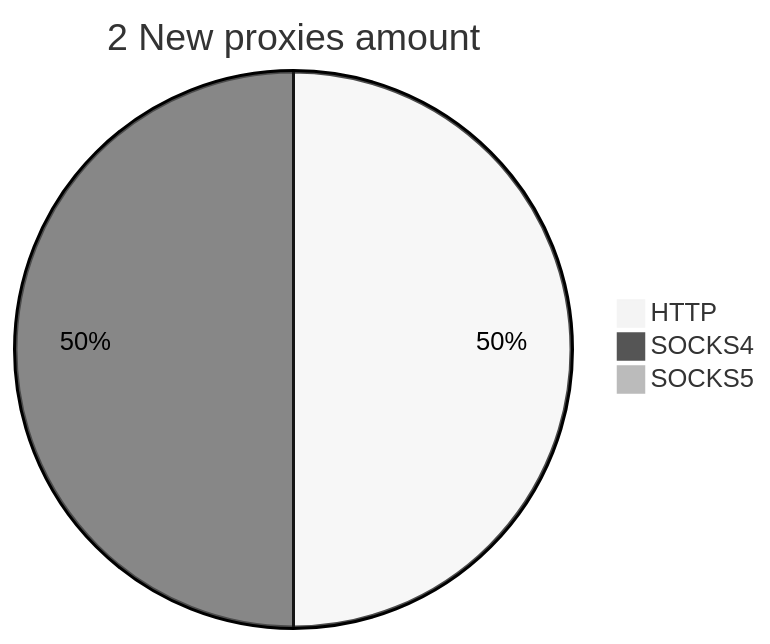
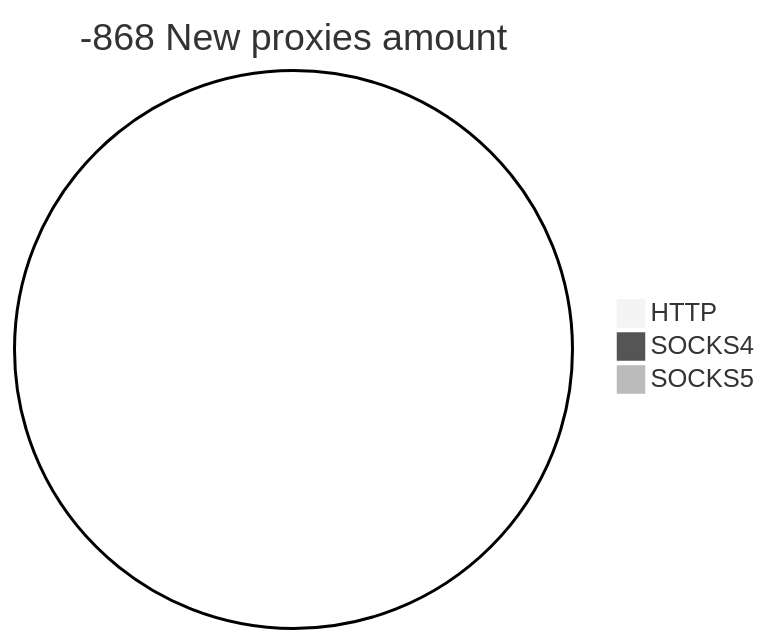
The second of 2 diagrams in README.md (cutipu/proxylist), drawn with Mermaid (neutral theme) before and after one commit. The commit also changed other lines of this file, not shown here.

````diff
--- a/README.md
+++ b/README.md
@@ -10,6 +10,6 @@
 ```mermaid
-pie title 2 New proxies amount
-    "HTTP" : 1
-    "SOCKS4" : 1
+pie title -868 New proxies amount
+    "HTTP" : 0
+    "SOCKS4" : 0
     "SOCKS5" : 0
 ```
````
